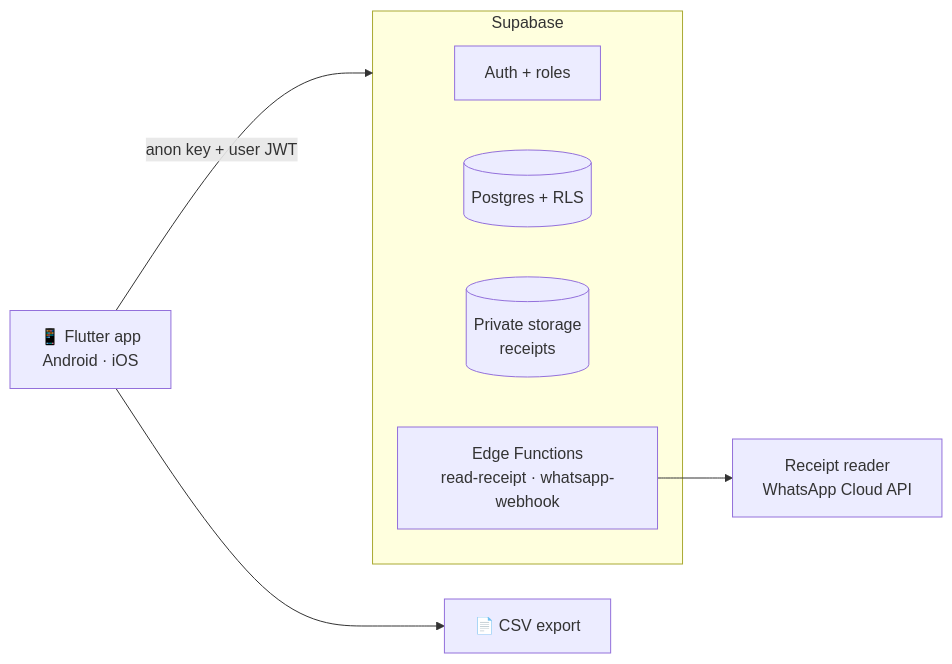
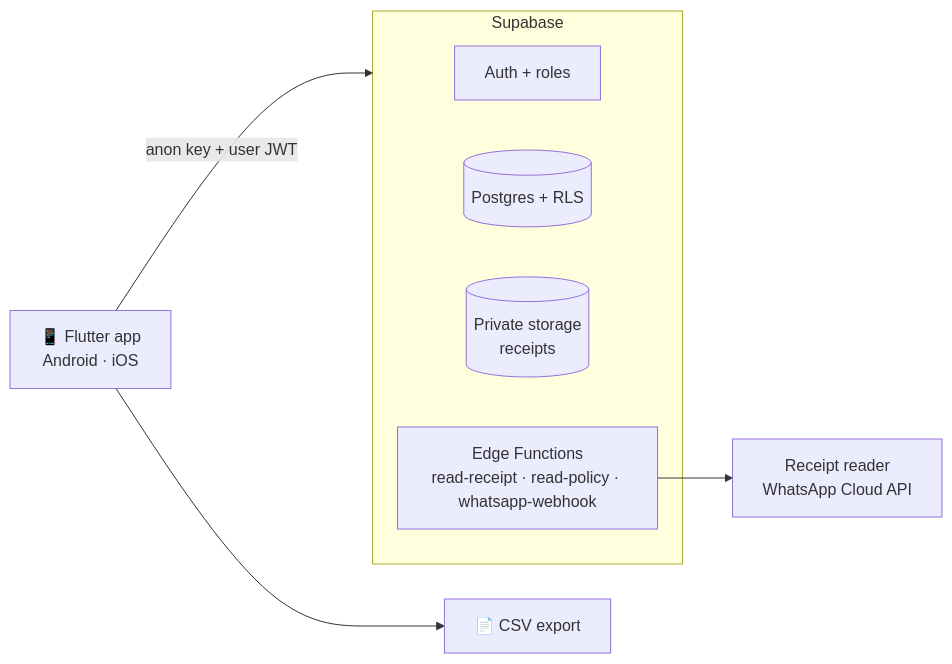
One commit to exceev-technology/rembo changed the diagram in README.md. Above: the diagram before and after it, drawn with Mermaid. The commit also changed other lines of this file and 22 other files, not shown here.

````diff
--- a/README.md
+++ b/README.md
@@ -77,12 +78,12 @@
 ```mermaid
 flowchart LR
     app["📱 Flutter app<br/>Android · iOS"] -- "anon key + user JWT" --> sb
     subgraph sb["Supabase"]
         auth["Auth + roles"]
         db[("Postgres + RLS")]
         storage[("Private storage<br/>receipts")]
-        fn["Edge Functions<br/>read-receipt · whatsapp-webhook"]
+        fn["Edge Functions<br/>read-receipt · read-policy · whatsapp-webhook"]
     end
     fn --> ext["Receipt reader<br/>WhatsApp Cloud API"]
     app --> csv["📄 CSV export"]
 ```
````
